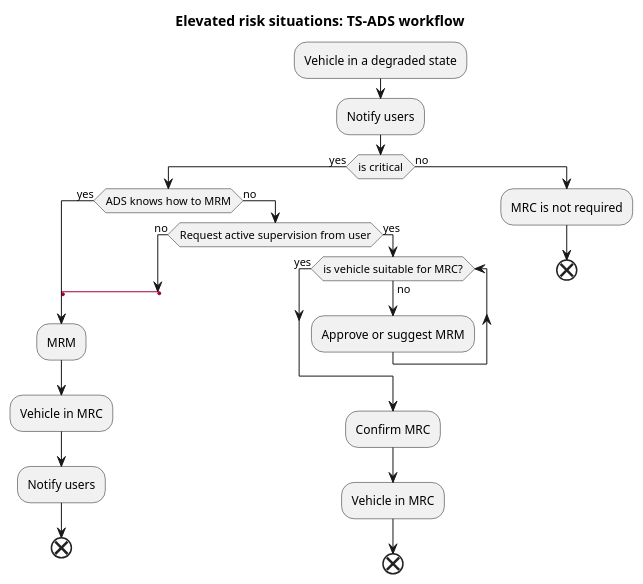
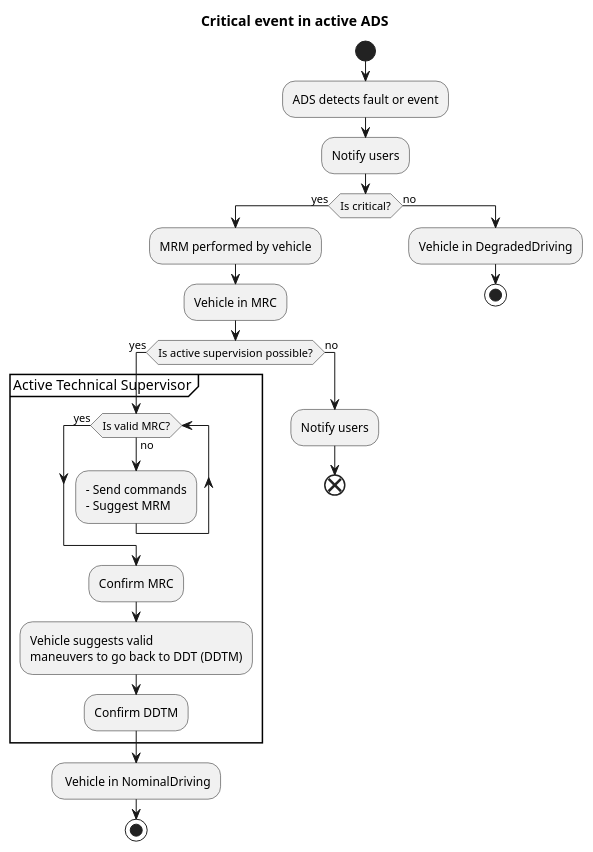
Before and after one commit to bruno-motorai/uml: the diagram in vehicles/elevated_risk_situation_v2.pu, drawn with PlantUML. The commit also changed 2 other files, not shown here.

Commit message:
Update car states and ERSv2 diagrams

```diff
--- a/vehicles/elevated_risk_situation_v2.pu
+++ b/vehicles/elevated_risk_situation_v2.pu
@@ -1,43 +1,40 @@
 @startuml "ADS fault"
+start
+skinparam ConditionEndStyle hline
+title Critical event in active ADS
 
-skinparam ConditionEndStyle hline
-title Elevated risk situations: TS-ADS workflow
-
-:Vehicle in a degraded state;
-
+:ADS detects fault or event;
 :Notify users;
 
-if (is critical) equals(yes) then
+    if (Is critical?) equals(yes) then
+        :MRM performed by vehicle;
+        :Vehicle in MRC;
 
-    if(ADS knows how to MRM) equals (yes) then
-        label space_label_2
-        label space_label_1
-        label ads_mrm
-        :MRM;
-        :Vehicle in MRC;
-        :Notify users;
-        end
-    else (no)
-        if(Request active supervision from user) equals (no) then
-            label aux
-            goto ads_mrm
-        else (yes)
+        if(Is active supervision possible?) equals (yes) then
+            
+            group Active Technical Supervisor
+                while(Is valid MRC?) is (no)
+                    :- Send commands
+                    - Suggest MRM;
+                endwhile (yes)
 
-            while(is vehicle suitable for MRC?) is (no)
-                :Approve or suggest MRM;
-            endwhile (yes)
-
-            :Confirm MRC;
-            :Vehicle in MRC;
+                :Confirm MRC;
+                :Vehicle suggests valid 
+                maneuvers to go back to DDT (DDTM);
+                :Confirm DDTM;
+            end group
+            : Vehicle in NominalDriving;
+            stop
+        else (no)
+            label space_label
+            :Notify users;
             end
         endif
+
+    ' Could it be that a vehicle detects a critical flaw, knows what MRMs to perform and he will tell the user???
+
+    else (no)
+        :Vehicle in DegradedDriving;
+        stop
     endif
-  
-' Could it be that a vehicle detects a critical flaw, knows what MRMs to perform and he will tell the user???
-
-else (no)
-    :MRC is not required;
-    end
-endif
-
 @enduml
```
